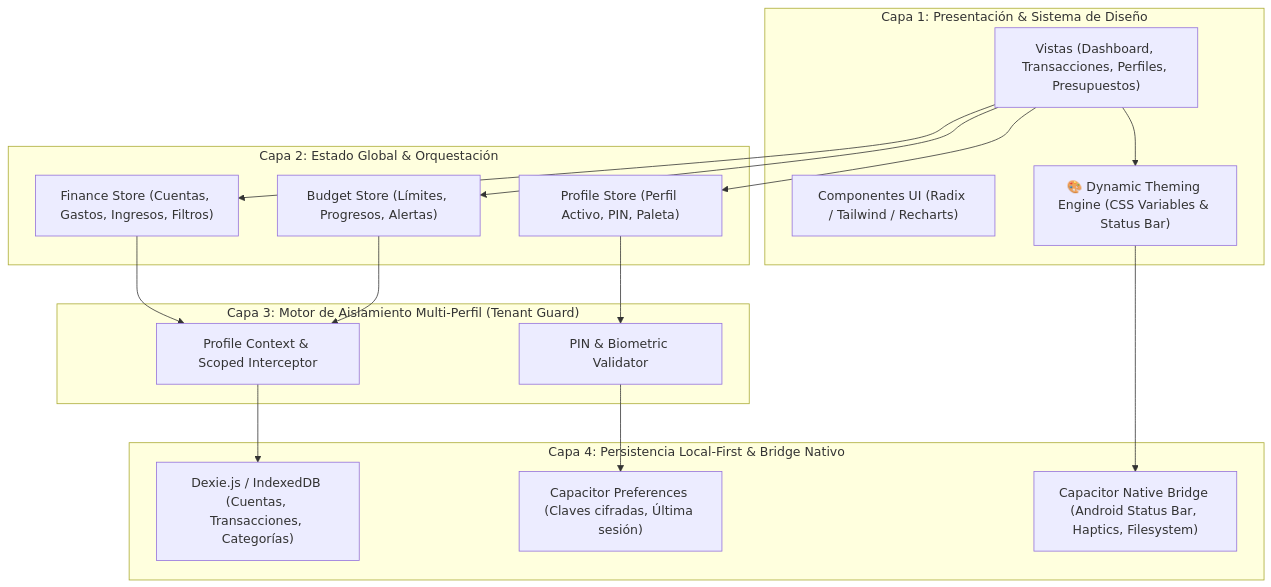
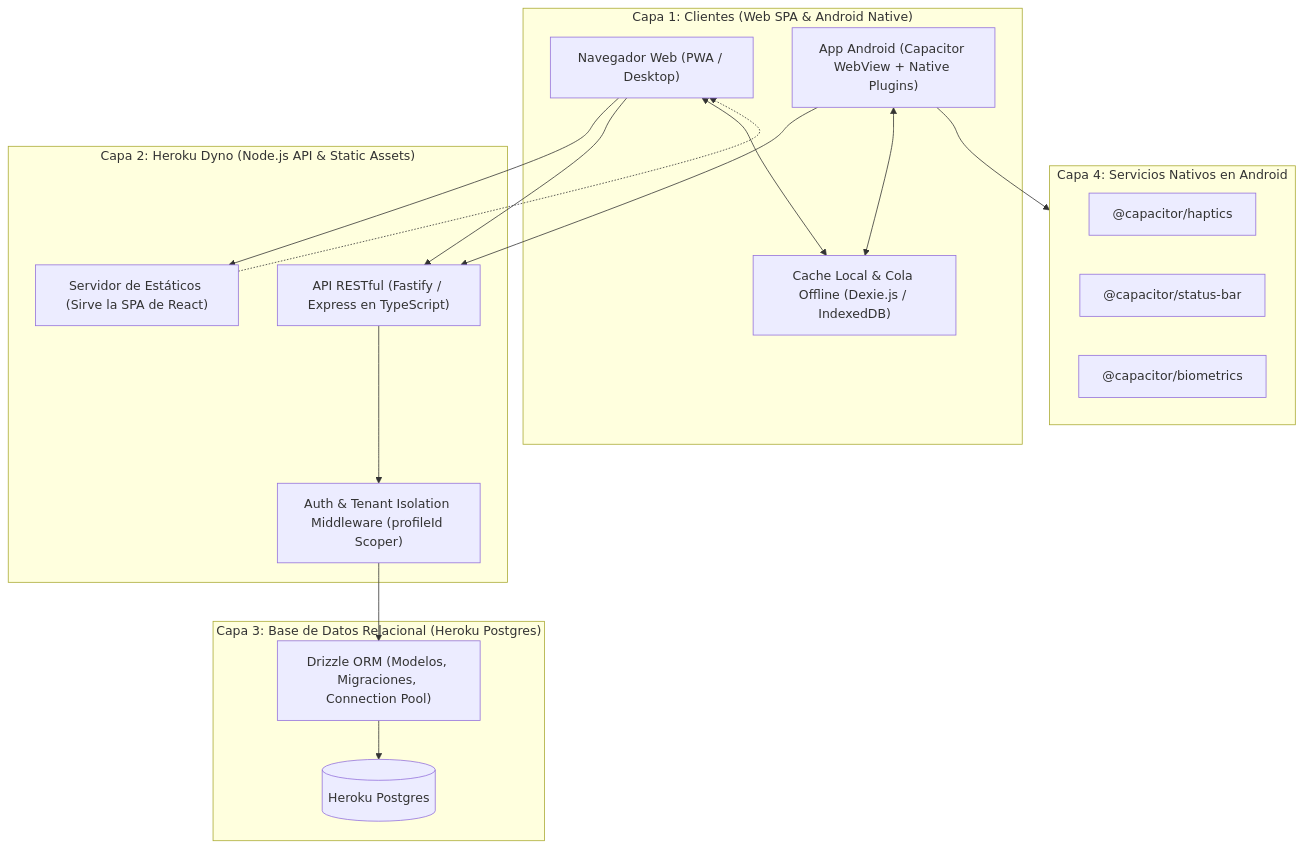
The diagram in documentation/ARCHITECTURE.md (dypok/koin), drawn with Mermaid before and after one commit. The commit also changed other lines of this file and 5 other files, not shown here.

Commit message:
docs: adapt architecture, data model, and roadmap for Heroku and PostgreSQL

````diff
--- a/documentation/ARCHITECTURE.md
+++ b/documentation/ARCHITECTURE.md
@@ -7,38 +7,37 @@
 ```mermaid
 flowchart TD
-    subgraph UI ["Capa 1: Presentación & Sistema de Diseño"]
-        Views["Vistas (Dashboard, Transacciones, Perfiles, Presupuestos)"]
-        Components["Componentes UI (Radix / Tailwind / Recharts)"]
-        ThemeEngine["🎨 Dynamic Theming Engine (CSS Variables & Status Bar)"]
+    subgraph Clients ["Capa 1: Clientes (Web SPA & Android Native)"]
+        WebBrowser["Navegador Web (PWA / Desktop)"]
+        AndroidApp["App Android (Capacitor WebView + Native Plugins)"]
+        ClientCache["Cache Local & Cola Offline (Dexie.js / IndexedDB)"]
     end
 
-    subgraph StateLayer ["Capa 2: Estado Global & Orquestación"]
-        ProfileStore["Profile Store (Perfil Activo, PIN, Paleta)"]
-        FinanceStore["Finance Store (Cuentas, Gastos, Ingresos, Filtros)"]
-        BudgetStore["Budget Store (Límites, Progresos, Alertas)"]
+    subgraph HerokuDyno ["Capa 2: Heroku Dyno (Node.js API & Static Assets)"]
+        StaticServer["Servidor de Estáticos (Sirve la SPA de React)"]
+        APIServer["API RESTful (Fastify / Express en TypeScript)"]
+        AuthGuard["Auth & Tenant Isolation Middleware (profileId Scoper)"]
     end
 
-    subgraph IsolationLayer ["Capa 3: Motor de Aislamiento Multi-Perfil (Tenant Guard)"]
-        ProfileGuard["Profile Context & Scoped Interceptor"]
-        SecurityGate["PIN & Biometric Validator"]
+    subgraph DataLayer ["Capa 3: Base de Datos Relacional (Heroku Postgres)"]
+        PostgresDB[(Heroku Postgres)]
+        DrizzleORM["Drizzle ORM (Modelos, Migraciones, Connection Pool)"]
     end
 
-    subgraph StorageLayer ["Capa 4: Persistencia Local-First & Bridge Nativo"]
-        IndexedDB["Dexie.js / IndexedDB (Cuentas, Transacciones, Categorías)"]
-        CapacitorPreferences["Capacitor Preferences (Claves cifradas, Última sesión)"]
-        CapacitorBridge["Capacitor Native Bridge (Android Status Bar, Haptics, Filesystem)"]
+    subgraph NativeBridge ["Capa 4: Servicios Nativos en Android"]
+        CapHaptics["@capacitor/haptics"]
+        CapStatusBar["@capacitor/status-bar"]
+        CapBiometrics["@capacitor/biometrics"]
     end
 
-    Views --> ThemeEngine
-    Views --> FinanceStore
-    Views --> ProfileStore
-    Views --> BudgetStore
+    WebBrowser --> StaticServer
+    WebBrowser --> APIServer
+    AndroidApp --> APIServer
+    AndroidApp --> NativeBridge
+    AndroidApp <--> ClientCache
+    WebBrowser <--> ClientCache
 
-    FinanceStore --> ProfileGuard
-    BudgetStore --> ProfileGuard
-    ProfileStore --> SecurityGate
-
-    ProfileGuard --> IndexedDB
-    SecurityGate --> CapacitorPreferences
-    ThemeEngine --> CapacitorBridge
+    StaticServer -.-> WebBrowser
+    APIServer --> AuthGuard
+    AuthGuard --> DrizzleORM
+    DrizzleORM --> PostgresDB
 ```
````
